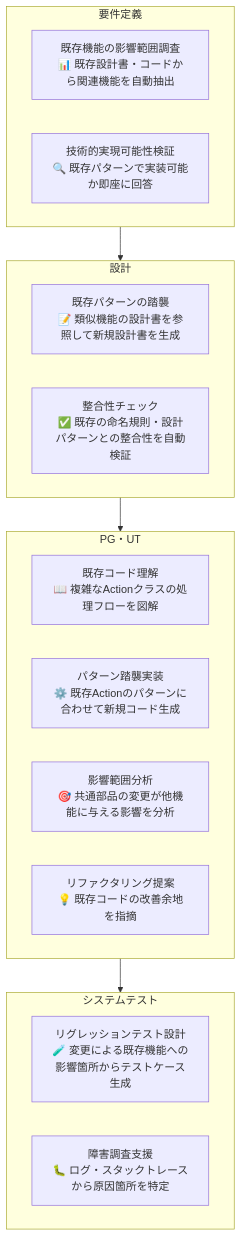
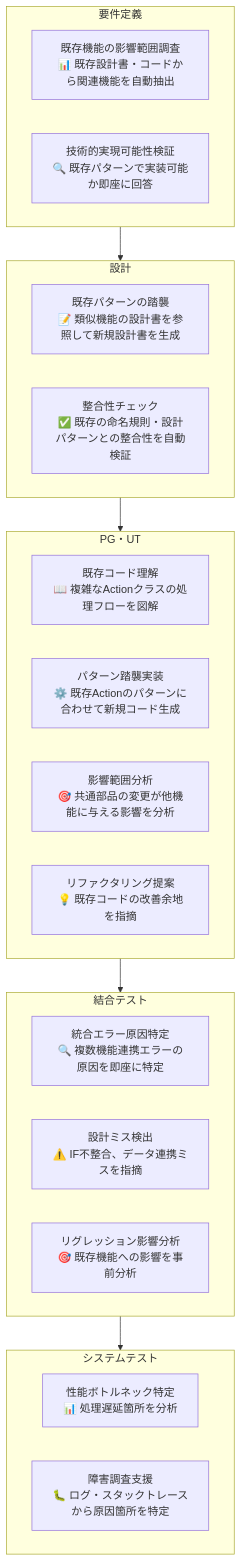
The diagram in doc/tobe-pattern-1.md (nablarch/nabledge-dev), drawn with Mermaid before and after one commit. The commit also changed other lines of this file and 1 other file, not shown here.

Commit message:
Add integration test phase and emphasize its challenges
- Added 結合テスト phase between PG・UT and システムテスト
- Highlighted common issues: design errors, integration failures
- Nabledge solutions: design consistency check, error root cause analysis
- Pattern-1: Added IT phase with integration error detection
- Pattern-5: Added IT step showing design mismatch detection

````diff
--- a/doc/tobe-pattern-1.md
+++ b/doc/tobe-pattern-1.md
@@ -5,28 +5,35 @@
 ```mermaid
 flowchart TB
     subgraph req["要件定義"]
         req1["既存機能の影響範囲調査<br/>📊 既存設計書・コードから関連機能を自動抽出"]
         req2["技術的実現可能性検証<br/>🔍 既存パターンで実装可能か即座に回答"]
     end
 
     subgraph design["設計"]
         design1["既存パターンの踏襲<br/>📝 類似機能の設計書を参照して新規設計書を生成"]
         design2["整合性チェック<br/>✅ 既存の命名規則・設計パターンとの整合性を自動検証"]
     end
 
     subgraph pgut["PG・UT"]
         pgut1["既存コード理解<br/>📖 複雑なActionクラスの処理フローを図解"]
         pgut2["パターン踏襲実装<br/>⚙️ 既存Actionのパターンに合わせて新規コード生成"]
         pgut3["影響範囲分析<br/>🎯 共通部品の変更が他機能に与える影響を分析"]
         pgut4["リファクタリング提案<br/>💡 既存コードの改善余地を指摘"]
     end
 
+    subgraph it["結合テスト"]
+        it1["統合エラー原因特定<br/>🔍 複数機能連携エラーの原因を即座に特定"]
+        it2["設計ミス検出<br/>⚠️ IF不整合、データ連携ミスを指摘"]
+        it3["リグレッション影響分析<br/>🎯 既存機能への影響を事前分析"]
+    end
+
     subgraph test["システムテスト"]
-        test1["リグレッションテスト設計<br/>🧪 変更による既存機能への影響箇所からテストケース生成"]
+        test1["性能ボトルネック特定<br/>📊 処理遅延箇所を分析"]
         test2["障害調査支援<br/>🐛 ログ・スタックトレースから原因箇所を特定"]
     end
 
     req --> design
     design --> pgut
-    pgut --> test
+    pgut --> it
+    it --> test
 ```
````
